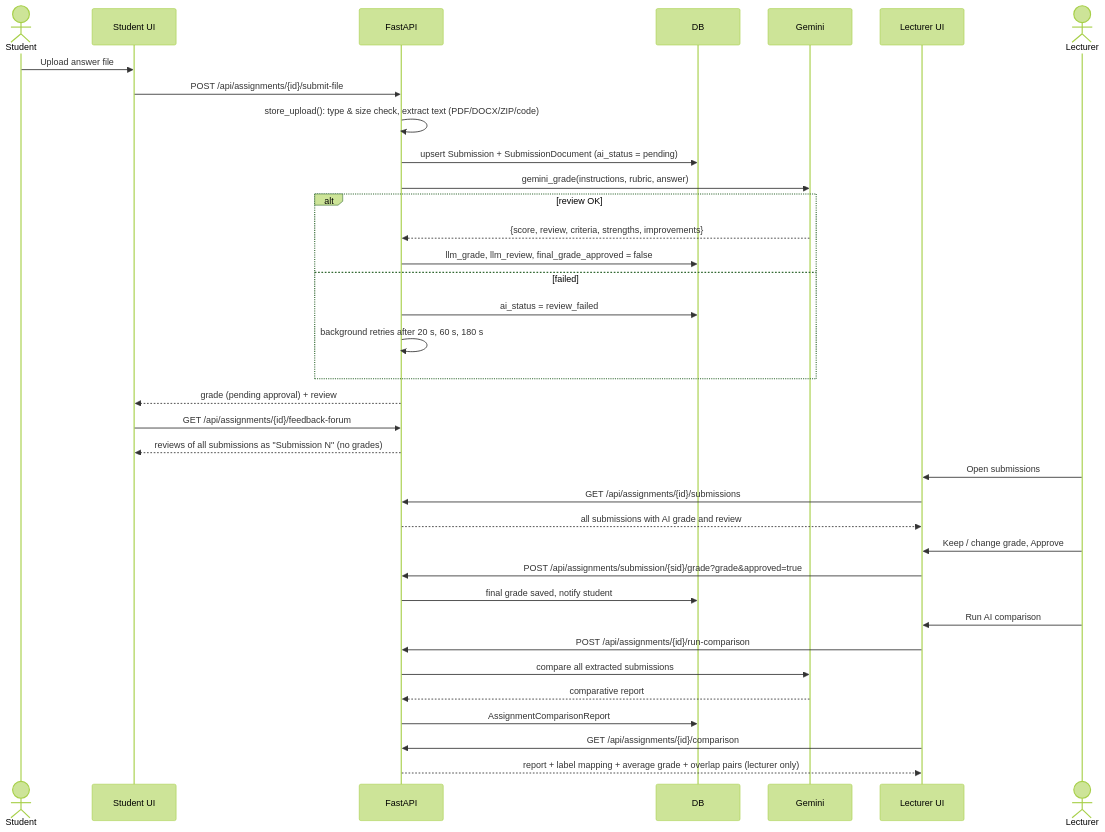
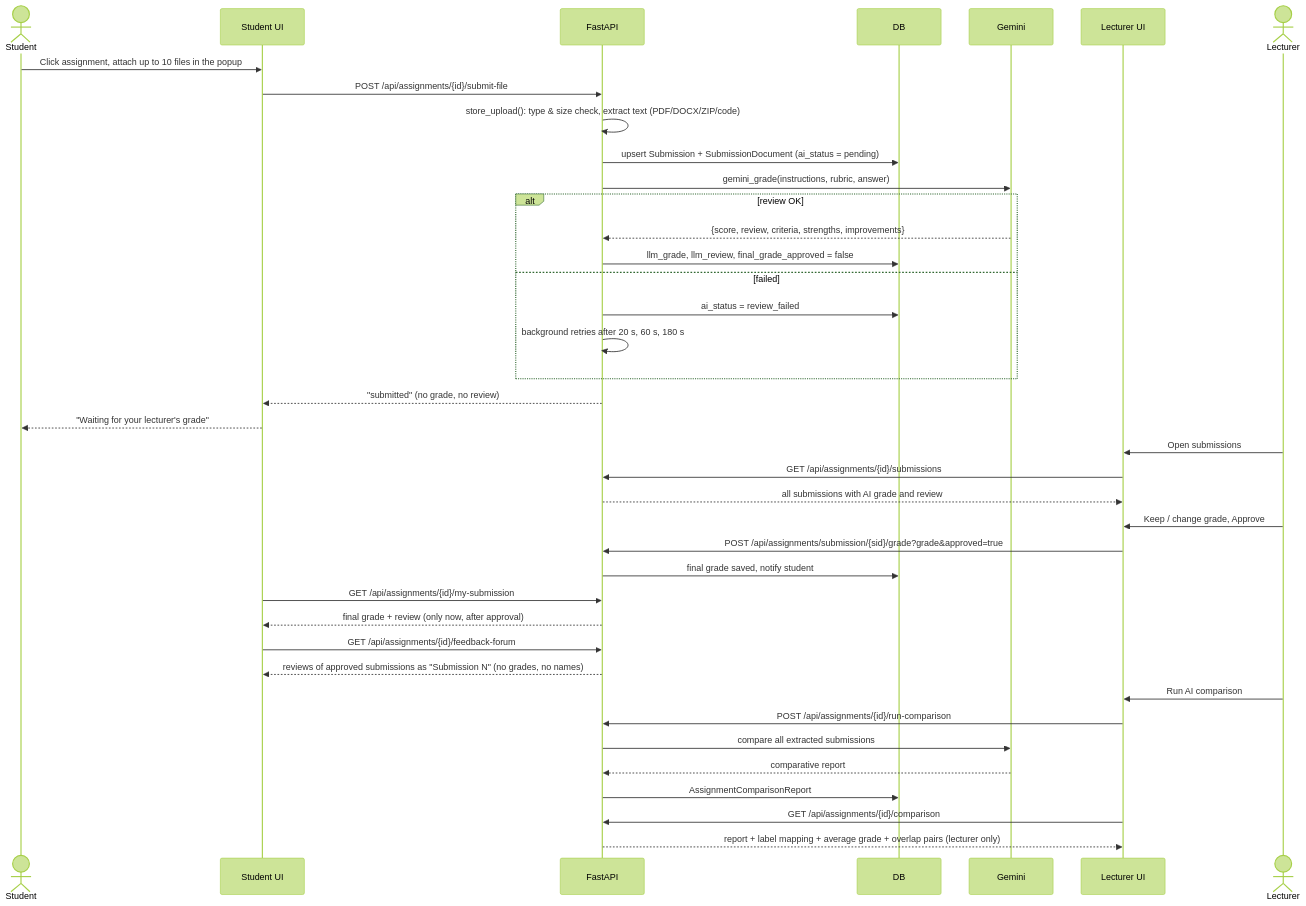
The sixth of 6 diagrams in Documents/Sequence Diagrams.md (YairCohen3/OOP-Ex2), drawn with Mermaid (forest theme) before and after one commit. The commit also changed other lines of this file and 21 other files, not shown here.

````diff
--- a/Documents/Sequence Diagrams.md
+++ b/Documents/Sequence Diagrams.md
@@ -239,42 +243,45 @@
 ```mermaid
 sequenceDiagram
     actor S as Student
     participant SUI as Student UI
     participant API as FastAPI
     participant DB as DB
     participant G as Gemini
     participant LUI as Lecturer UI
     actor L as Lecturer
 
-    S->>SUI: Upload answer file
+    S->>SUI: Click assignment, attach up to 10 files in the popup
     SUI->>API: POST /api/assignments/{id}/submit-file
     API->>API: store_upload(): type & size check, extract text (PDF/DOCX/ZIP/code)
     API->>DB: upsert Submission + SubmissionDocument (ai_status = pending)
     API->>G: gemini_grade(instructions, rubric, answer)
     alt review OK
         G-->>API: {score, review, criteria, strengths, improvements}
         API->>DB: llm_grade, llm_review, final_grade_approved = false
     else failed
         API->>DB: ai_status = review_failed
         API->>API: background retries after 20 s, 60 s, 180 s
     end
-    API-->>SUI: grade (pending approval) + review
-
-    SUI->>API: GET /api/assignments/{id}/feedback-forum
-    API-->>SUI: reviews of all submissions as "Submission N" (no grades)
+    API-->>SUI: "submitted" (no grade, no review)
+    SUI-->>S: "Waiting for your lecturer's grade"
 
     L->>LUI: Open submissions
     LUI->>API: GET /api/assignments/{id}/submissions
     API-->>LUI: all submissions with AI grade and review
     L->>LUI: Keep / change grade, Approve
     LUI->>API: POST /api/assignments/submission/{sid}/grade?grade&approved=true
     API->>DB: final grade saved, notify student
+
+    SUI->>API: GET /api/assignments/{id}/my-submission
+    API-->>SUI: final grade + review (only now, after approval)
+    SUI->>API: GET /api/assignments/{id}/feedback-forum
+    API-->>SUI: reviews of approved submissions as "Submission N" (no grades, no names)
 
     L->>LUI: Run AI comparison
     LUI->>API: POST /api/assignments/{id}/run-comparison
     API->>G: compare all extracted submissions
     G-->>API: comparative report
     API->>DB: AssignmentComparisonReport
     LUI->>API: GET /api/assignments/{id}/comparison
     API-->>LUI: report + label mapping + average grade + overlap pairs (lecturer only)
 ```
````
